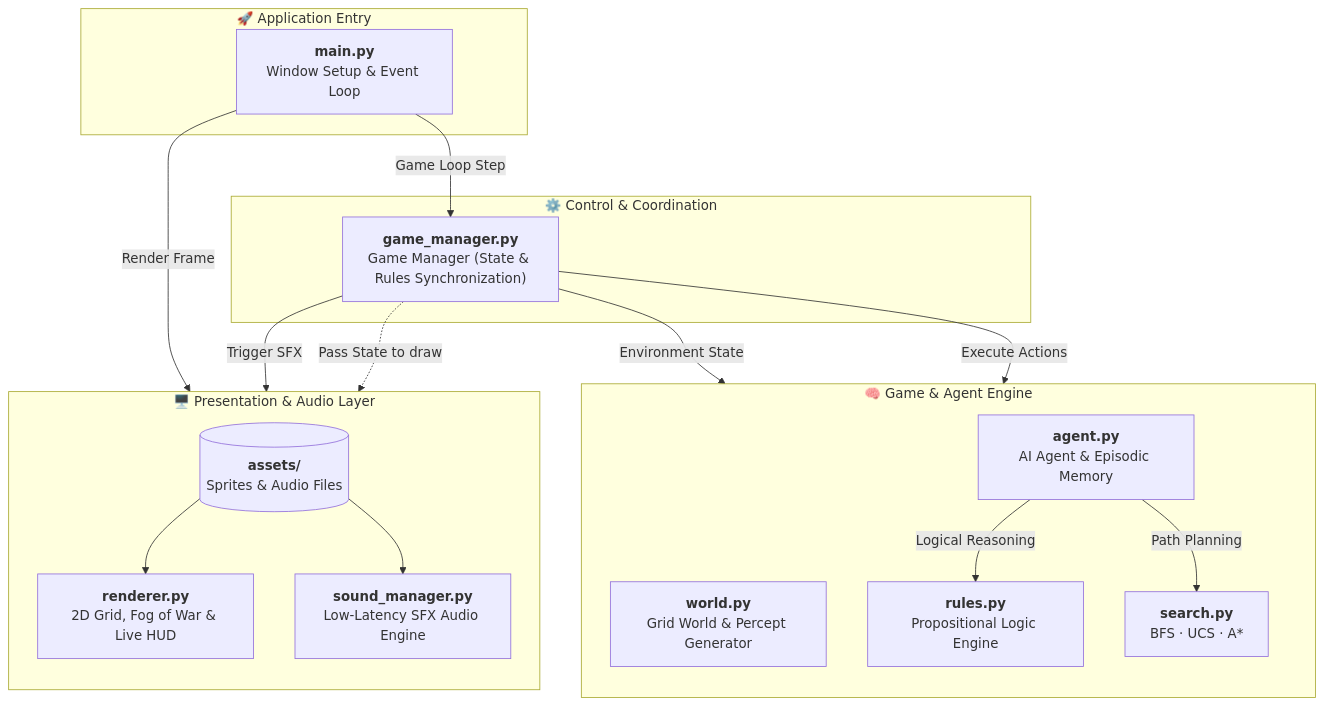
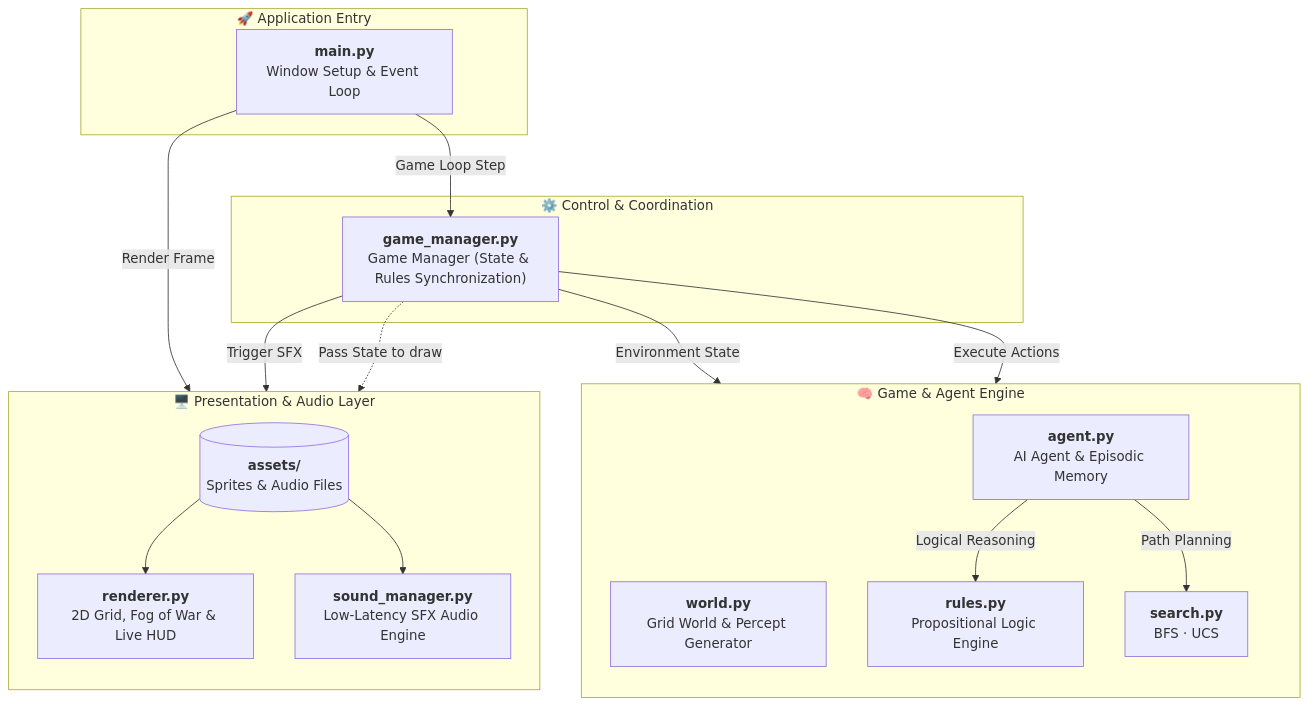
Before and after one commit to OnlyDev321/wumpus-world: the first of 2 diagrams in README.md, drawn with Mermaid. The commit also changed other lines of this file and 6 other files, not shown here.

````diff
--- a/README.md
+++ b/README.md
@@ -63,51 +69,51 @@
 ```mermaid
 flowchart TD
     %% -------------------------------------------------------------
     %% TIER 1: ENTRY POINT
     %% -------------------------------------------------------------
     subgraph Entry["🚀 Application Entry"]
         Main["<b>main.py</b><br/>Window Setup & Event Loop"]
     end
 
     %% -------------------------------------------------------------
     %% TIER 2: CONTROL & COORDINATION
     %% -------------------------------------------------------------
     subgraph Control["⚙️ Control & Coordination"]
         GM["<b>game_manager.py</b><br/>Game Manager (State & Rules Synchronization)"]
     end
 
     %% -------------------------------------------------------------
     %% TIER 3: TWO BALANCED SUBSYSTEMS
     %% -------------------------------------------------------------
     subgraph Core_Game["🧠 Game & Agent Engine"]
         direction TB
         World["<b>world.py</b><br/>Grid World & Percept Generator"]
         Agent["<b>agent.py</b><br/>AI Agent & Episodic Memory"]
         Rules["<b>rules.py</b><br/>Propositional Logic Engine"]
-        Search["<b>search.py</b><br/>BFS · UCS · A*"]
+        Search["<b>search.py</b><br/>BFS · UCS"]
 
         Agent -->|Logical Reasoning| Rules
         Agent -->|Path Planning| Search
     end
 
     subgraph UI_Audio["🖥️ Presentation & Audio Layer"]
         direction TB
         Renderer["<b>renderer.py</b><br/>2D Grid, Fog of War & Live HUD"]
         SoundMgr["<b>sound_manager.py</b><br/>Low-Latency SFX Audio Engine"]
         Assets[("<b>assets/</b><br/>Sprites & Audio Files")]
 
         Assets --> Renderer
         Assets --> SoundMgr
     end
 
     %% -------------------------------------------------------------
     %% CLEAN HIERARCHICAL CONNECTIONS (NO CROSSING LINES)
     %% -------------------------------------------------------------
     Main -->|Game Loop Step| GM
     Main -->|Render Frame| Renderer
 
     GM -->|Environment State| World
     GM -->|Execute Actions| Agent
     GM -->|Trigger SFX| SoundMgr
     GM -.->|Pass State to draw| Renderer
 ```
````
